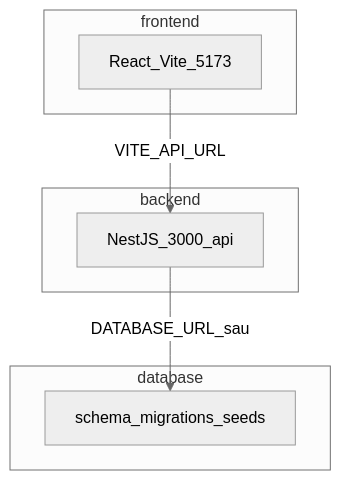
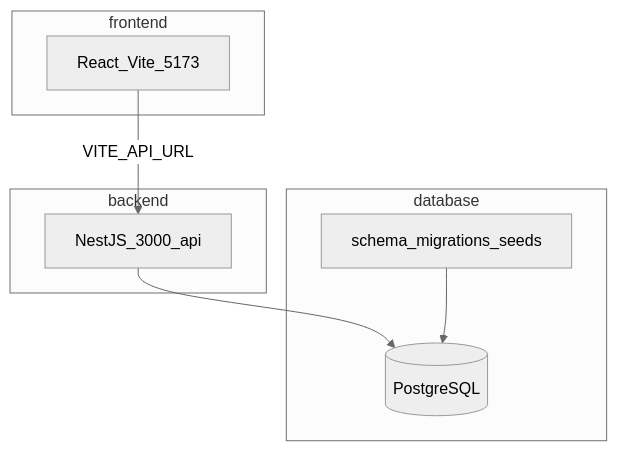
One commit to Raintostorm/DriveGo changed the diagram in docs/architecture.md. Above: the diagram before and after it, drawn with Mermaid (neutral theme). The commit also changed other lines of this file and 96 other files, not shown here.

````diff
--- a/docs/architecture.md
+++ b/docs/architecture.md
@@ -5,14 +5,16 @@
 ```mermaid
 flowchart TB
   subgraph client [frontend]
     React[React_Vite_5173]
   end
   subgraph api [backend]
     Nest[NestJS_3000_api]
   end
   subgraph data [database]
+    PG[(PostgreSQL)]
     SQL[schema_migrations_seeds]
   end
   React -->|VITE_API_URL| Nest
-  Nest -->|DATABASE_URL_sau| SQL
+  Nest --> PG
+  SQL --> PG
 ```
````
